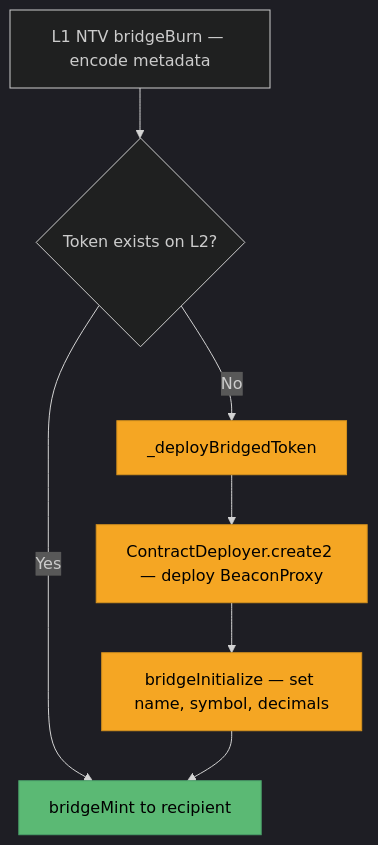
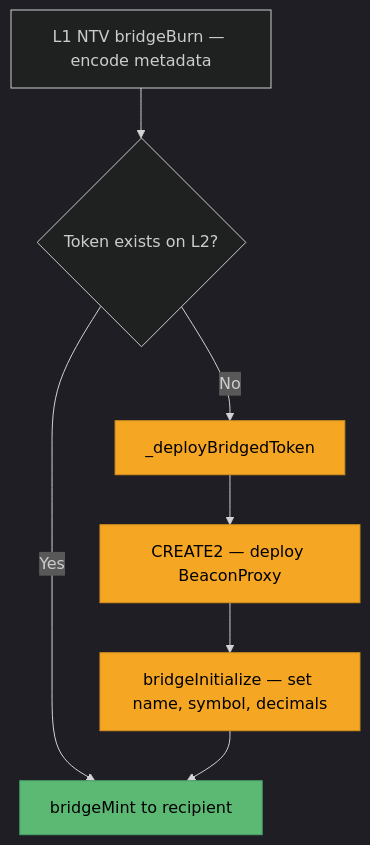
One commit to ADI-Foundation-Labs/ADI-Network-Documentation changed the second of 4 diagrams in adi-network-components/canonical-bridge.md. Above: the diagram before and after it, drawn with Mermaid. The commit also changed other lines of this file, not shown here.

Commit message:
fix(bridge): use proper create2 formula for bridged tokens

````diff
--- a/adi-network-components/canonical-bridge.md
+++ b/adi-network-components/canonical-bridge.md
@@ -253,15 +253,15 @@
 ```mermaid
 %%{init: {'theme': 'dark'}}%%
 flowchart TD
     A[L1 NTV bridgeBurn — encode metadata] --> B{Token exists on L2?}
     B -->|Yes| F[bridgeMint to recipient]
     B -->|No| C[_deployBridgedToken]
-    C --> D[ContractDeployer.create2 — deploy BeaconProxy]
+    C --> D[CREATE2 — deploy BeaconProxy]
     D --> E[bridgeInitialize — set name, symbol, decimals]
     E --> F
 
     style C fill:#f5a623,stroke:#d4911e,color:#000
     style D fill:#f5a623,stroke:#d4911e,color:#000
     style E fill:#f5a623,stroke:#d4911e,color:#000
     style F fill:#5bb974,stroke:#4a9f6a,color:#000
 ```
````
